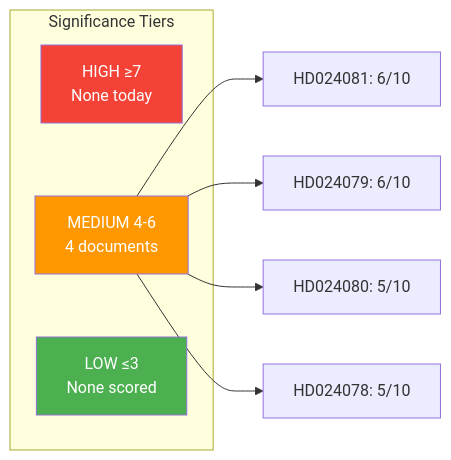
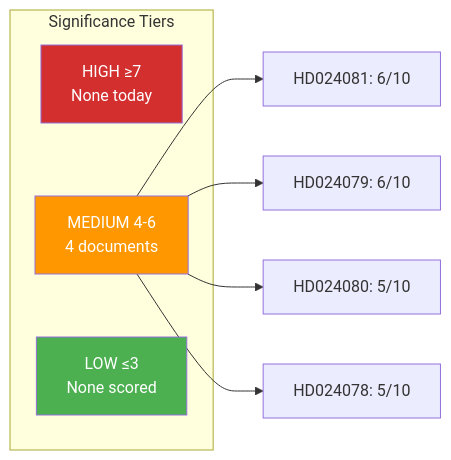
The diagram in analysis/daily/2026-04-15/realtime-1029/significance-scoring.md (Hack23/riksdagsmonitor), drawn with Mermaid before and after one commit. The commit also changed 785 other files, not shown here.

First line of the commit message:
Normalize mermaid colors across 786 analysis artifacts to ISMS Style Guide palette

````diff
--- a/analysis/daily/2026-04-15/realtime-1029/significance-scoring.md
+++ b/analysis/daily/2026-04-15/realtime-1029/significance-scoring.md
@@ -70,17 +70,17 @@
 ```mermaid
 graph LR
     subgraph "Significance Tiers"
         HIGH["HIGH ≥7<br>None today"]
         MEDIUM["MEDIUM 4-6<br>4 documents"]
         LOW["LOW ≤3<br>None scored"]
     end
     
     MEDIUM --> D1["HD024081: 6/10"]
     MEDIUM --> D2["HD024079: 6/10"]
     MEDIUM --> D3["HD024080: 5/10"]
     MEDIUM --> D4["HD024078: 5/10"]
     
-    style HIGH fill:#f44336,color:#fff
-    style MEDIUM fill:#FF9800,color:#fff
-    style LOW fill:#4CAF50,color:#fff
+    style HIGH fill:#D32F2F,color:#FFFFFF
+    style MEDIUM fill:#FF9800,color:#FFFFFF
+    style LOW fill:#4CAF50,color:#FFFFFF
 ```
````
